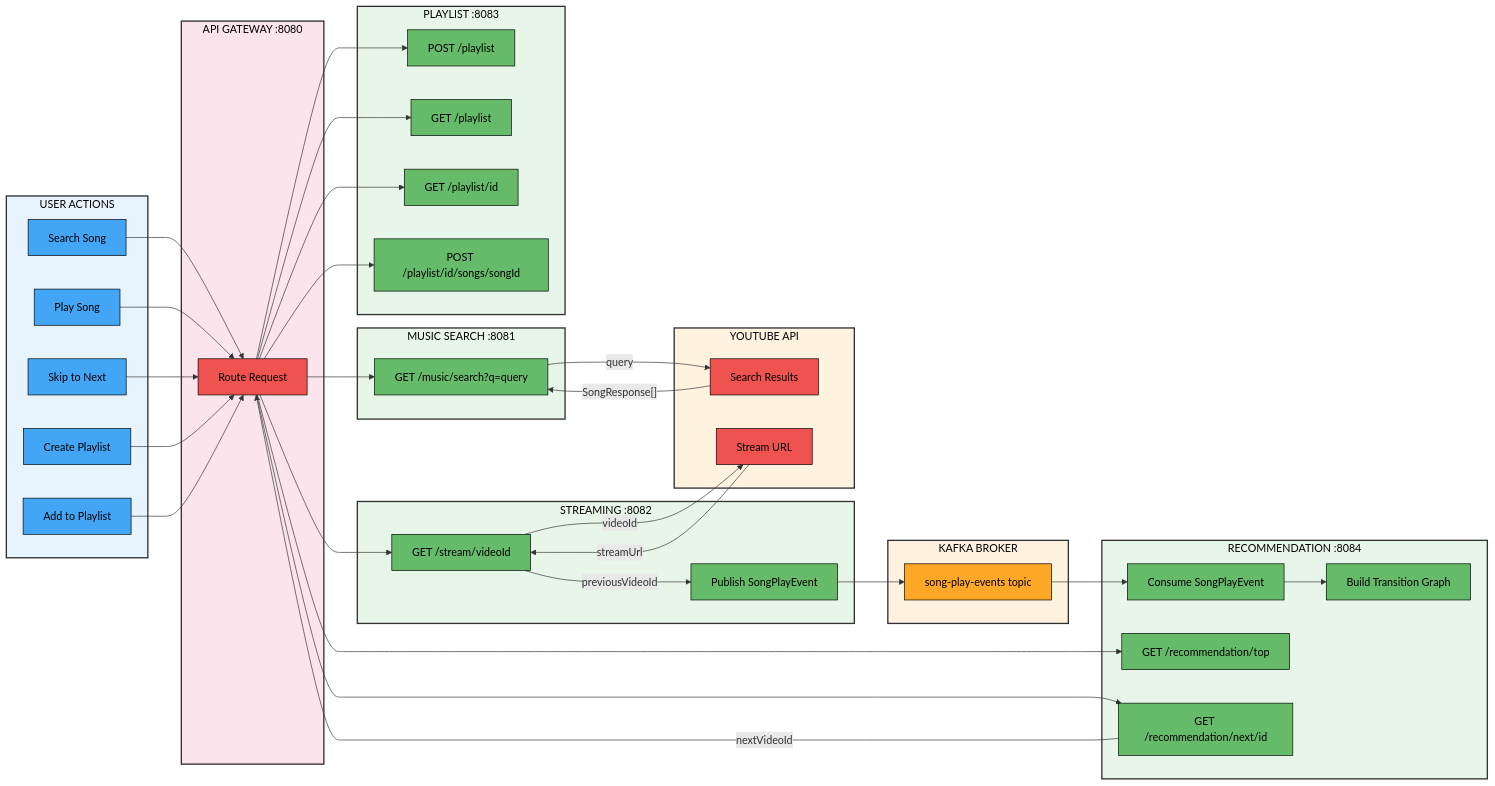
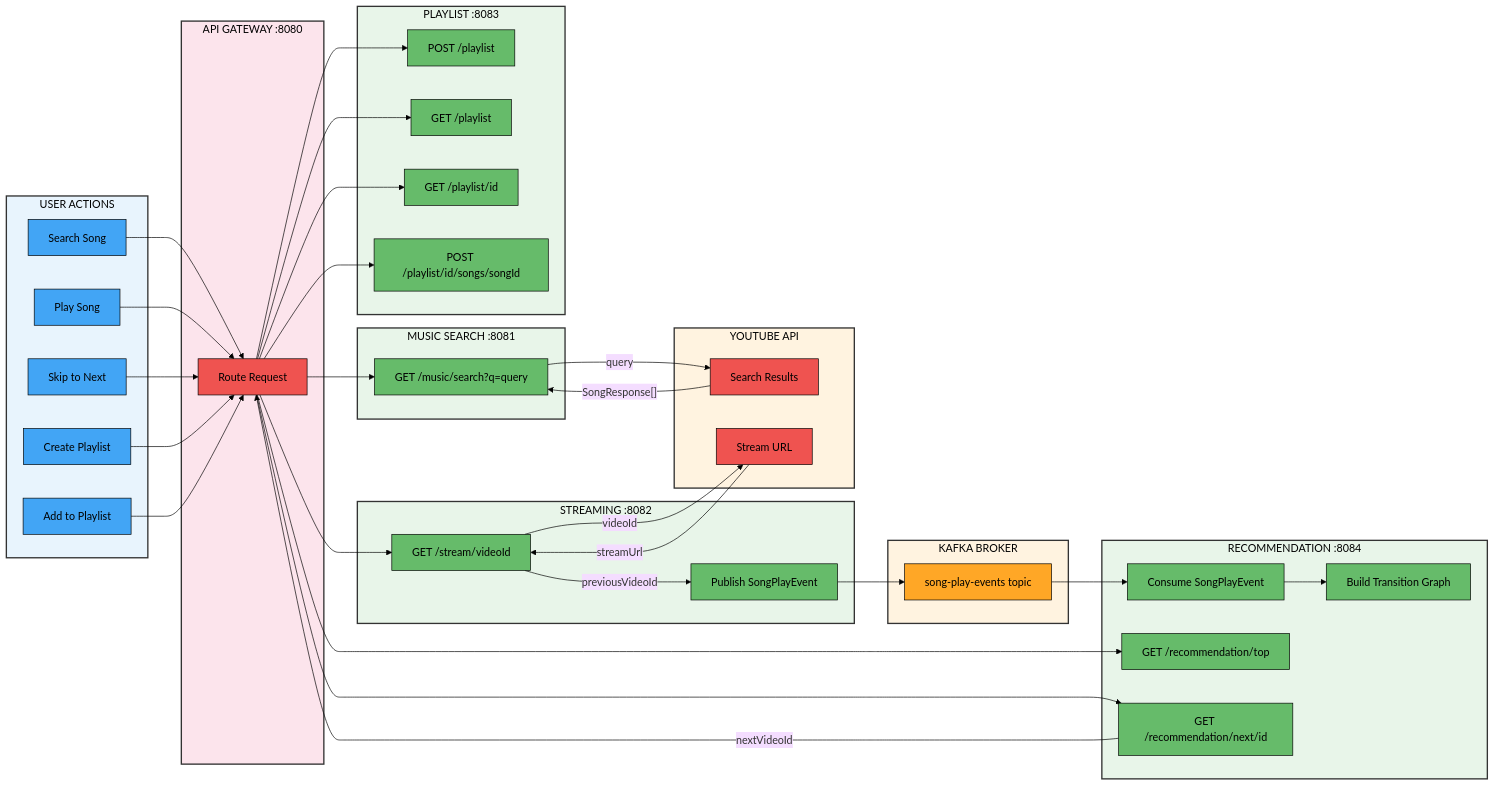
Before and after one commit to Ankit-Jaipuriar/Harmony-Music-Streaming-Platform: the second of 2 diagrams in README.md, drawn with Mermaid. The commit also changed other lines of this file, not shown here.

````diff
--- a/README.md
+++ b/README.md
@@ -132,4 +133,5 @@
 ```mermaid
+%%{init: {'theme': 'base', 'themeVariables': {'lineColor': '#000000', 'textColor': '#000000'}}}%%
 flowchart LR
     subgraph USER["USER ACTIONS"]
         U1["Search Song"]
````
